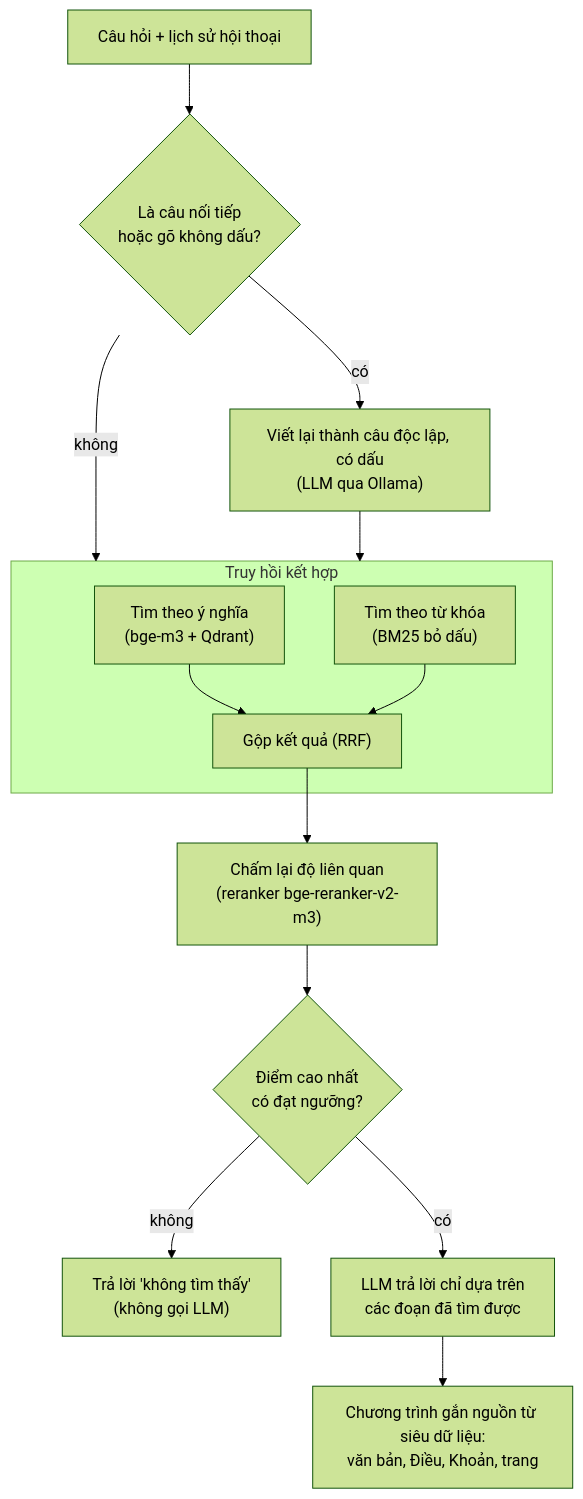
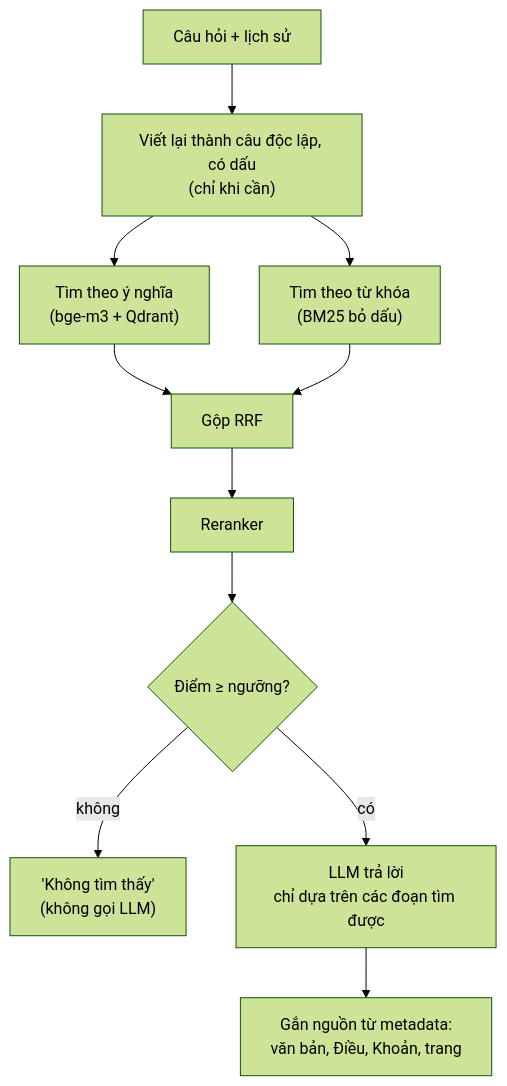
Before and after one commit to ngocluong0101/ChatBot: the diagram in README.md, drawn with Mermaid (forest theme). The commit also changed other lines of this file and 3 other files, not shown here.

````diff
--- a/README.md
+++ b/README.md
@@ -80,18 +31,13 @@
 ```mermaid
 flowchart TD
-    Q["Câu hỏi + lịch sử hội thoại"] --> RW{"Là câu nối tiếp<br/>hoặc gõ không dấu?"}
-    RW -- có --> W["Viết lại thành câu độc lập, có dấu<br/>(LLM qua Ollama)"]
-    RW -- không --> H
-    W --> H
-    subgraph H["Truy hồi kết hợp"]
-        D["Tìm theo ý nghĩa<br/>(bge-m3 + Qdrant)"]
-        K["Tìm theo từ khóa<br/>(BM25 bỏ dấu)"]
-        D --> F["Gộp kết quả (RRF)"]
-        K --> F
-    end
-    F --> RR["Chấm lại độ liên quan<br/>(reranker bge-reranker-v2-m3)"]
-    RR --> G{"Điểm cao nhất<br/>có đạt ngưỡng?"}
-    G -- không --> N["Trả lời 'không tìm thấy'<br/>(không gọi LLM)"]
-    G -- có --> L["LLM trả lời chỉ dựa trên<br/>các đoạn đã tìm được"]
-    L --> C["Chương trình gắn nguồn từ siêu dữ liệu:<br/>văn bản, Điều, Khoản, trang"]
+    Q["Câu hỏi + lịch sử"] --> RW["Viết lại thành câu độc lập, có dấu<br/>(chỉ khi cần)"]
+    RW --> D["Tìm theo ý nghĩa<br/>(bge-m3 + Qdrant)"]
+    RW --> K["Tìm theo từ khóa<br/>(BM25 bỏ dấu)"]
+    D --> F["Gộp RRF"]
+    K --> F
+    F --> RR["Reranker"]
+    RR --> G{"Điểm ≥ ngưỡng?"}
+    G -- không --> N["'Không tìm thấy'<br/>(không gọi LLM)"]
+    G -- có --> L["LLM trả lời<br/>chỉ dựa trên các đoạn tìm được"]
+    L --> C["Gắn nguồn từ metadata:<br/>văn bản, Điều, Khoản, trang"]
 ```
````
